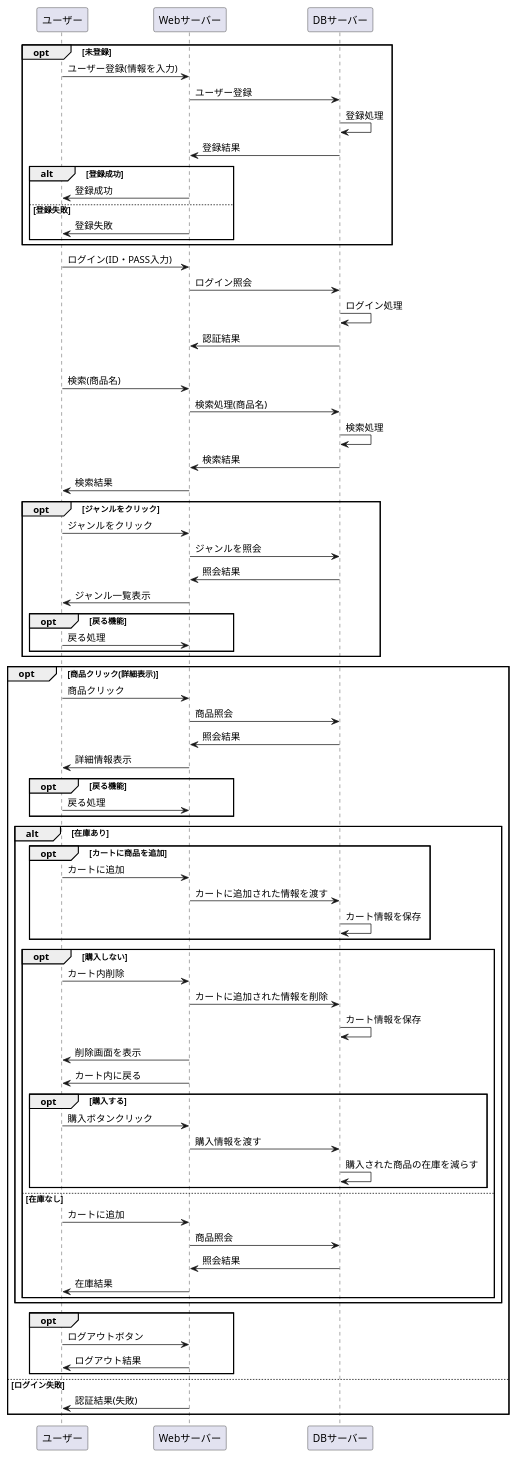
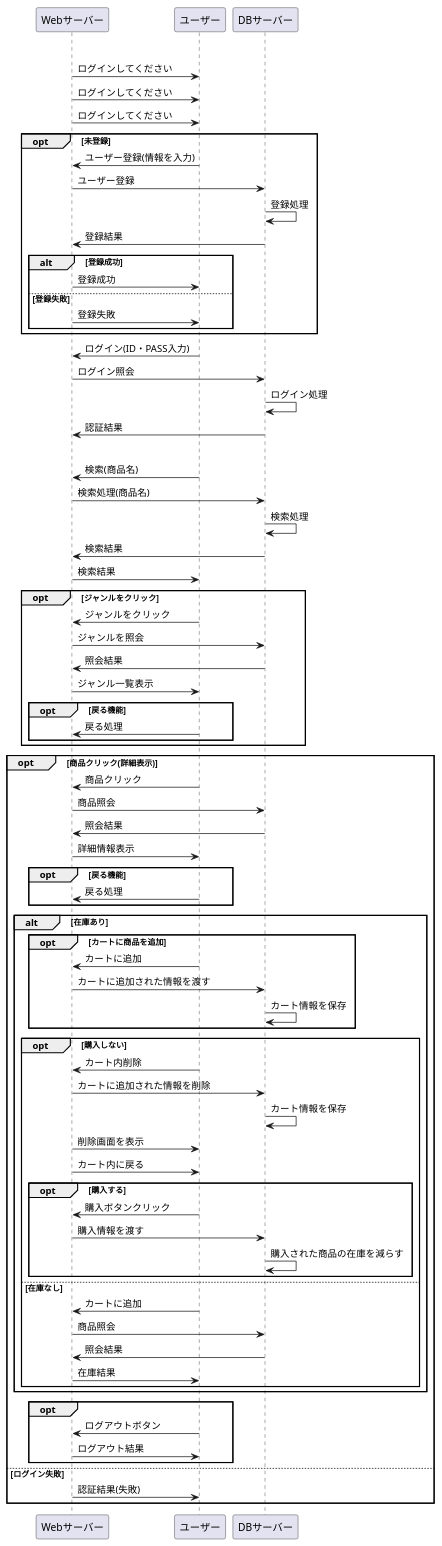
Before and after one commit to Aso2001184/2021sys-design: the diagram in あの消し.業務フロー.md, drawn with PlantUML.

````diff
--- a/あの消し.業務フロー.md
+++ b/あの消し.業務フロー.md
@@ -1,5 +1,10 @@
 ```uml
 @startuml
+opt ログアウト状態
+Webサーバー -> ユーザー : ログインしてください
+Webサーバー -> ユーザー : ログインしてください
+Webサーバー -> ユーザー : ログインしてください
+
 opt 未登録
 ユーザー -> Webサーバー : ユーザー登録(情報を入力)
 Webサーバー -> DBサーバー : ユーザー登録
````
